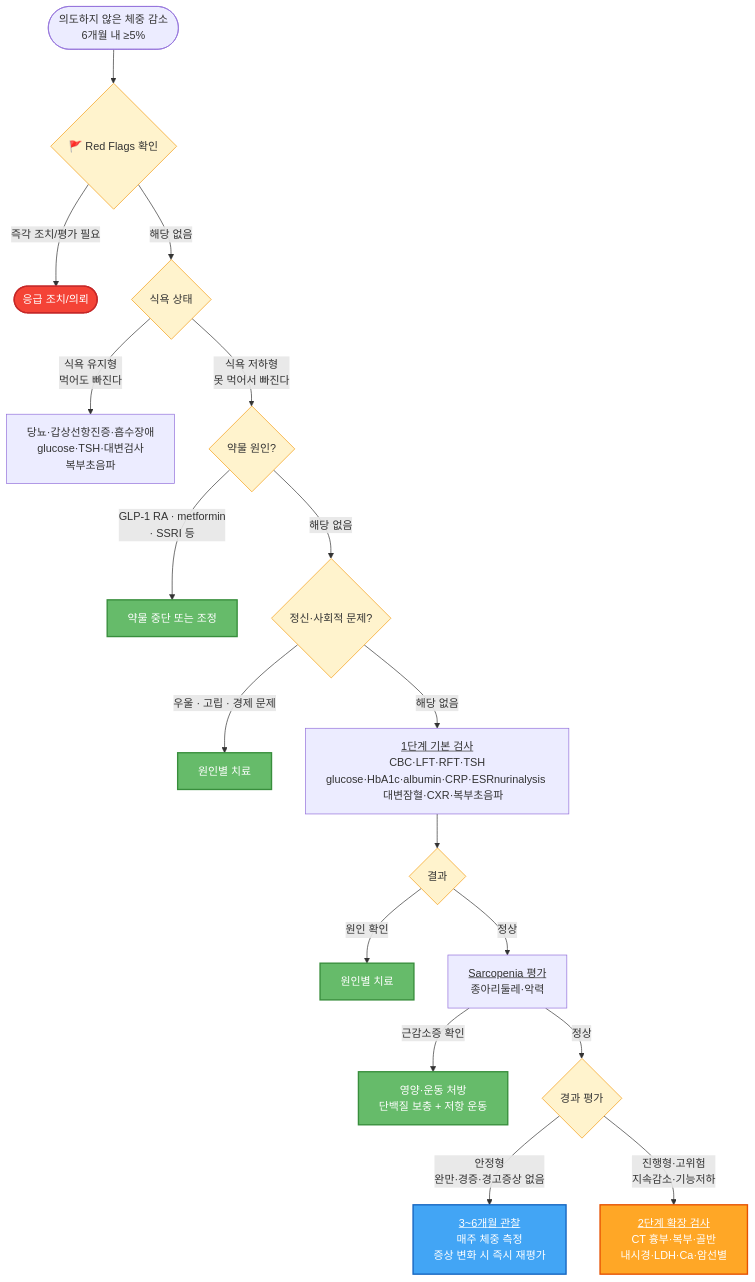
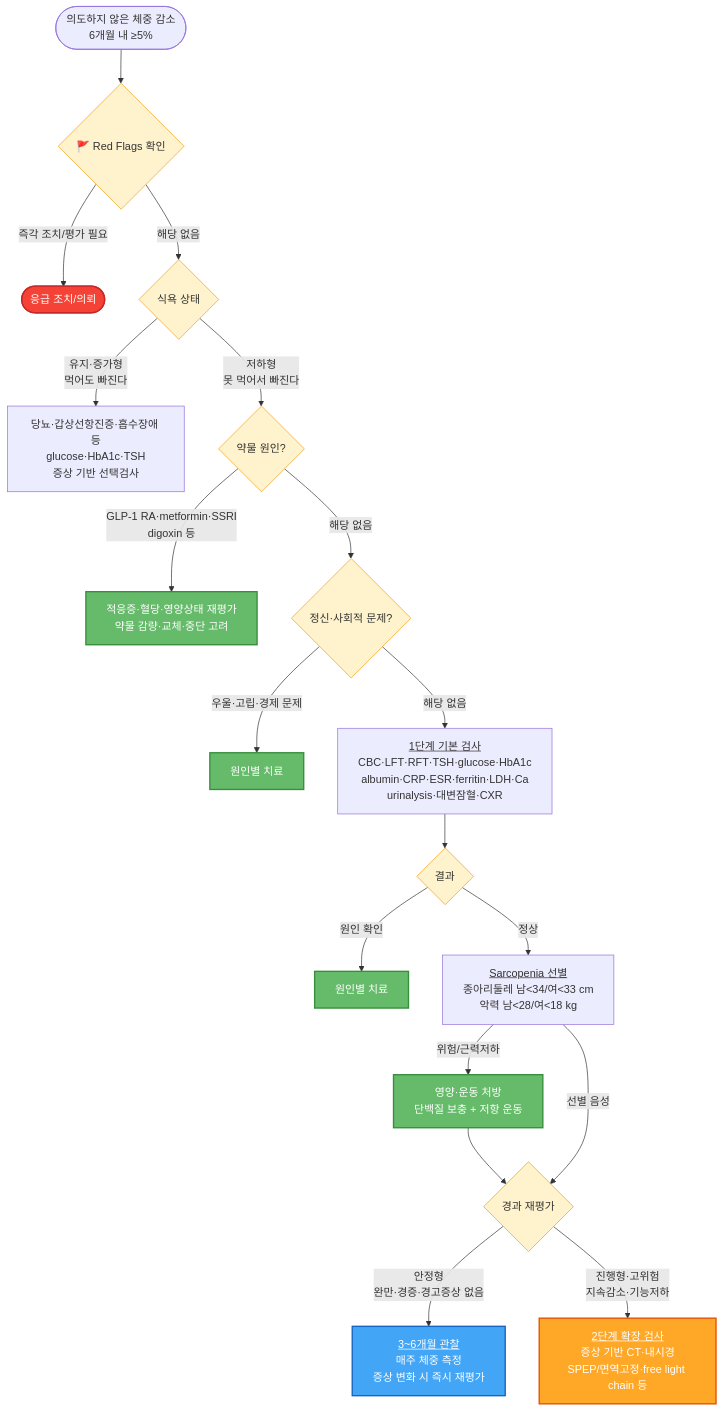
One commit to familyoh77/familyoh77 changed the diagram in 220_/013_-weight-loss.md. Above: the diagram before and after it, drawn with Mermaid. The commit also changed other lines of this file, not shown here.

````diff
--- a/220_/013_-weight-loss.md
+++ b/220_/013_-weight-loss.md
@@ -138,28 +143,28 @@
 ```mermaid
 graph TD
     A([의도하지 않은 체중 감소</br>6개월 내 ≥5%]) --> B{🚩 Red Flags 확인}
     B -->|즉각 조치/평가 필요| C([응급 조치/의뢰])
     B -->|해당 없음| E{식욕 상태}
-    E -->|식욕 유지형</br>먹어도 빠진다| F["당뇨·갑상선항진증·흡수장애</br>glucose·TSH·대변검사<br/> 복부초음파"]
-    E -->|식욕 저하형</br>못 먹어서 빠진다| G{약물 원인?}
-    G -->|GLP-1 RA · metformin </br>· SSRI 등| H[약물 중단 또는 조정]
+    E -->|유지·증가형</br>먹어도 빠진다| F["당뇨·갑상선항진증·흡수장애 등</br>glucose·HbA1c·TSH</br>증상 기반 선택검사"]
+    E -->|저하형</br>못 먹어서 빠진다| G{약물 원인?}
+    G -->|GLP-1 RA·metformin·SSRI</br>digoxin 등| H[적응증·혈당·영양상태 재평가</br>약물 감량·교체·중단 고려]
     G -->|해당 없음| I{정신·사회적 문제?}
-    I -->|우울 · 고립 · 경제 문제| J[원인별 치료]
-    I -->|해당 없음| K["<u>1단계 기본 검사</u></br>CBC·LFT·RFT·TSH</br>glucose·HbA1c·albumin·CRP·ESRnurinalysis 
-    대변잠혈·CXR·복부초음파"]
+    I -->|우울·고립·경제 문제| J[원인별 치료]
+    I -->|해당 없음| K["<u>1단계 기본 검사</u></br>CBC·LFT·RFT·TSH·glucose·HbA1c</br>albumin·CRP·ESR·ferritin·LDH·Ca</br>urinalysis·대변잠혈·CXR"]
     K --> L{결과}
     L -->|원인 확인| M[원인별 치료]
-    L -->|정상| N["<u>Sarcopenia 평가</u></br>종아리둘레·악력"]
-    N -->|근감소증 확인| R["영양·운동 처방</br>단백질 보충 + 저항 운동"]
-    N -->|정상| O{경과 평가}
+    L -->|정상| N["<u>Sarcopenia 선별</u></br>종아리둘레 남&lt;34/여&lt;33 cm</br>악력 남&lt;28/여&lt;18 kg"]
+    N -->|위험/근력저하| R["영양·운동 처방</br>단백질 보충 + 저항 운동"]
+    R --> O{경과 재평가}
+    N -->|선별 음성| O
     O -->|안정형</br>완만·경증·경고증상 없음| P["<u>3~6개월 관찰</u></br>매주 체중 측정</br>증상 변화 시 즉시 재평가"]
-    O -->|진행형·고위험</br>지속감소·기능저하| Q["<u>2단계 확장 검사</u></br>CT 흉부·복부·골반</br>내시경·LDH·Ca·암선별"]
+    O -->|진행형·고위험</br>지속감소·기능저하| Q["<u>2단계 확장 검사</u></br>증상 기반 CT·내시경</br>SPEP/면역고정·free light chain 등"]
 
 classDef green fill:#66bb6a,stroke:#388e3c,color:#fff,stroke-width:2px
 class H,J,M,R green
 classDef yellow fill:#fff3cd,stroke:#f39c12
 class B,E,G,I,L,O yellow
     style C fill:#f44336,stroke:#c62828,color:#fff,stroke-width:2px
     style P fill:#42a5f5,stroke:#1565c0,color:#fff,stroke-width:2px
     style Q fill:#ffa726,stroke:#e65100,color:#fff,stroke-width:2px
 ```
````
